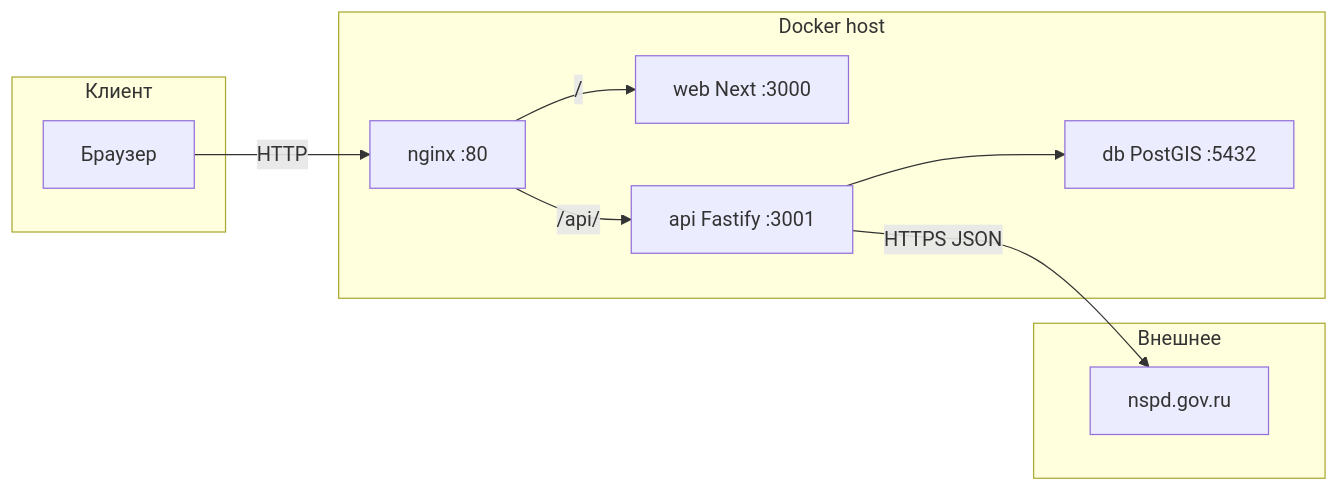
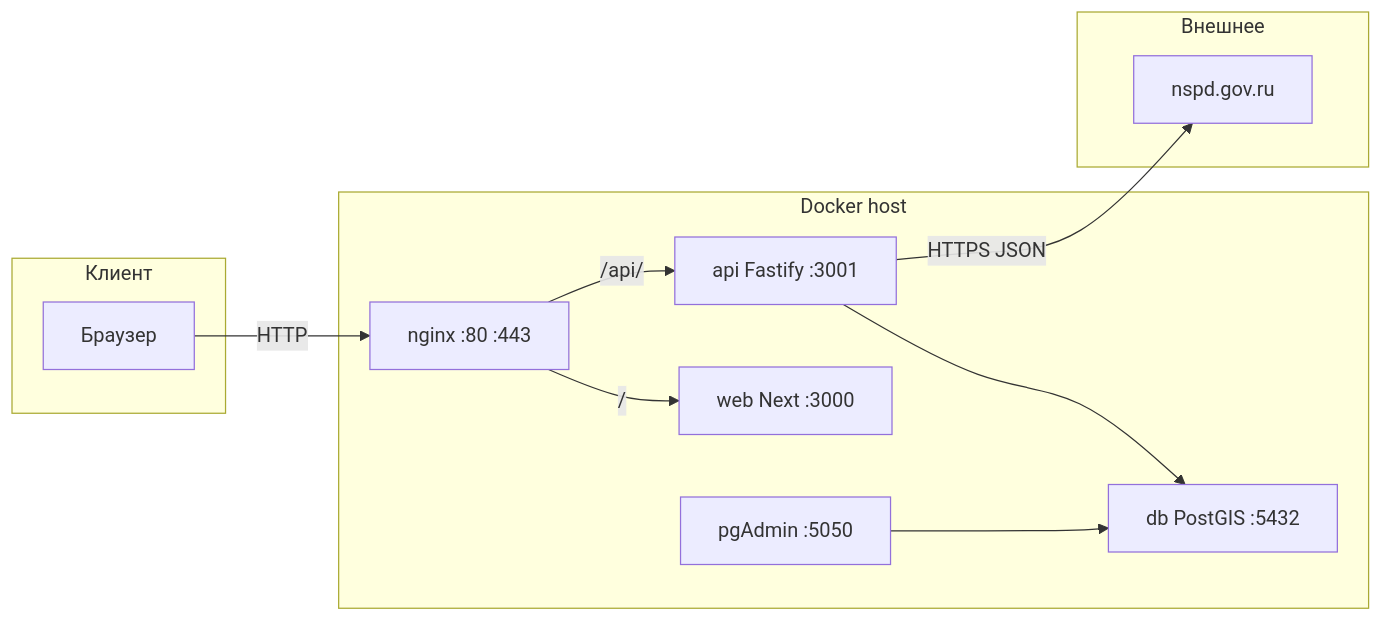
The diagram in README.md (kgabba/georisk), drawn with Mermaid before and after one commit. The commit also changed other lines of this file and 9 other files, not shown here.

````diff
--- a/README.md
+++ b/README.md
@@ -21,20 +56,22 @@
 ```mermaid
 flowchart LR
   subgraph client [Клиент]
     Browser[Браузер]
   end
   subgraph host [Docker host]
-    Nginx[nginx :80]
+    Nginx[nginx :80 :443]
     Web[web Next :3000]
     Api[api Fastify :3001]
     Db[db PostGIS :5432]
+    PgAdmin[pgAdmin :5050]
   end
   subgraph ext [Внешнее]
     NSPD[nspd.gov.ru]
   end
   Browser -->|HTTP| Nginx
   Nginx -->|"/"| Web
   Nginx -->|"/api/"| Api
   Api --> Db
+  PgAdmin --> Db
   Api -->|HTTPS JSON| NSPD
 ```
````
